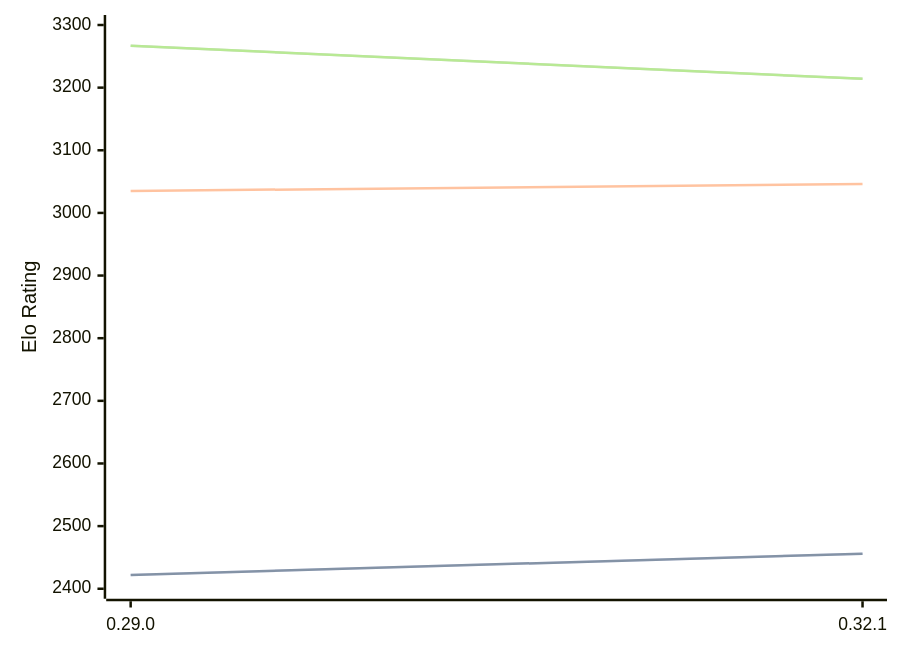
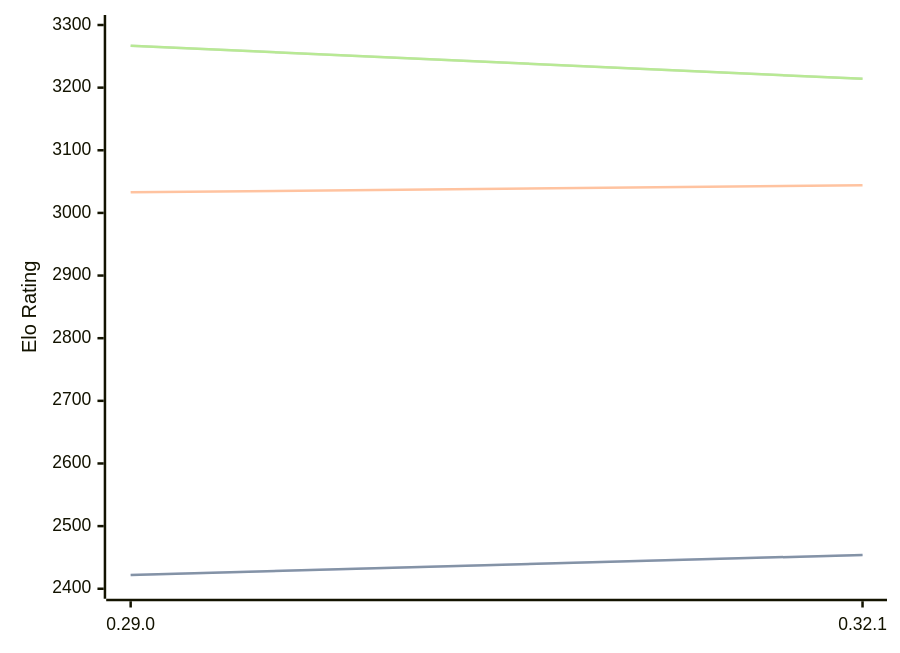
Before and after one commit to computer-chess-index/cci: the diagram in engines/Lc0.md, drawn with Mermaid. The commit also changed other lines of this file, not shown here.

Commit message:
Update CCI Ratings (ELO VLTC) - 2026-04-21

````diff
--- a/engines/Lc0.md
+++ b/engines/Lc0.md
@@ -68,11 +68,11 @@
 ```mermaid
 %%{init: {"theme":"base","themeVariables":{"seriesColors:['#a3a3a3','#222221','#faa371']}}}%%
 xychart-beta
   x-axis ["0.29.0", "0.32.1"]
   y-axis "Elo Rating" 2400 --> 3300
-  line "STC (8.0+0.08s)" [2422, 2456]
-  line "STC (8.0+0.08s)" [2422, 2456]
-  line "LTC (60.0+0.60s)" [3035, 3046]
+  line "STC (8.0+0.08s)" [2422, 2454]
+  line "STC (8.0+0.08s)" [2422, 2454]
+  line "LTC (60.0+0.60s)" [3033, 3044]
   line "VLTC (2m24s+1.12s)" [3267, 3214]
   line "VLTC (2m24s+1.12s)" [3267, 3214]
 ```
````
